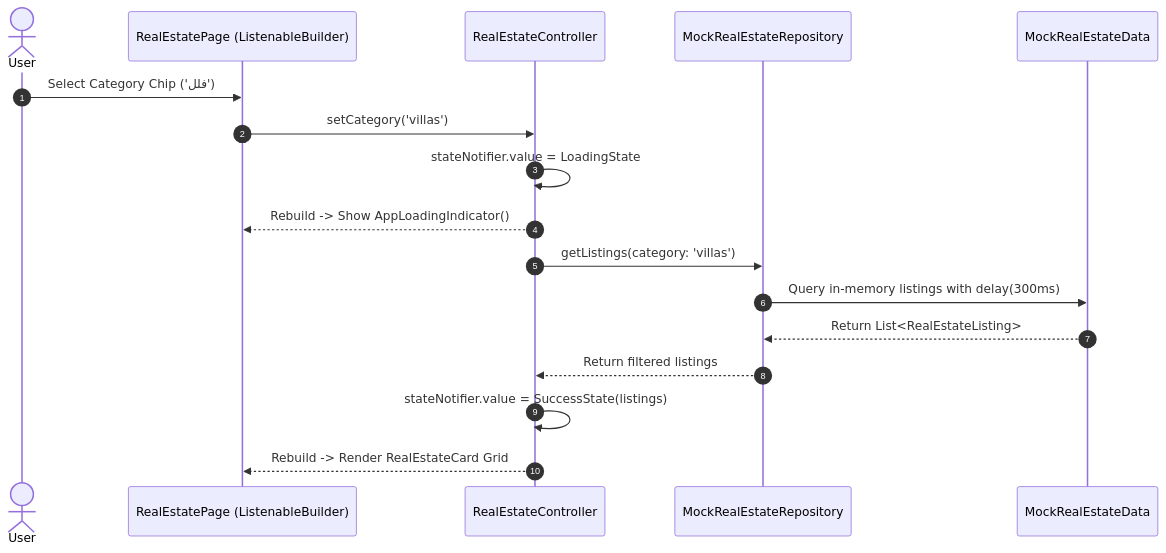
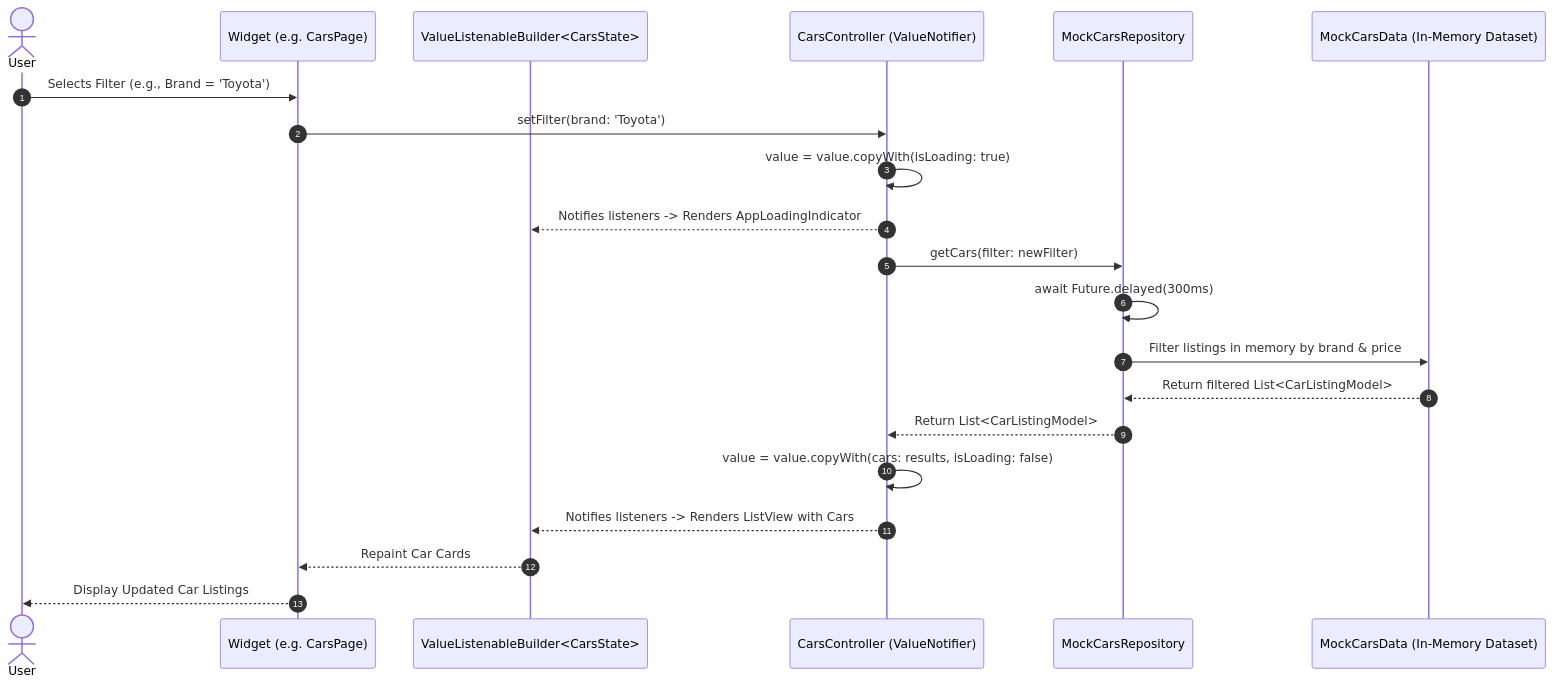
Before and after one commit to IbrahimElshishtawy/market_space: the first of 2 diagrams in market_space/docs/mobile-system-design/05 – State_Management_and_Data_Flow.md, drawn with Mermaid. The commit also changed other lines of this file and 86 other files, not shown here.

````diff
--- a/market_space/docs/mobile-system-design/05 – State_Management_and_Data_Flow.md
+++ b/market_space/docs/mobile-system-design/05 – State_Management_and_Data_Flow.md
@@ -110,20 +62,26 @@
 ```mermaid
 sequenceDiagram
     autonumber
     actor User
-    participant UI as RealEstatePage (ListenableBuilder)
-    participant Ctrl as RealEstateController
-    participant Repo as MockRealEstateRepository
-    participant MockData as MockRealEstateData
+    participant UI as Widget (e.g. CarsPage)
+    participant Builder as ValueListenableBuilder<CarsState>
+    participant Ctrl as CarsController (ValueNotifier)
+    participant Repo as MockCarsRepository
+    participant Mock as MockCarsData (In-Memory Dataset)
 
-    User->>UI: Select Category Chip ('فلل')
-    UI->>Ctrl: setCategory('villas')
-    Ctrl->>Ctrl: stateNotifier.value = LoadingState
-    Ctrl-->>UI: Rebuild -> Show AppLoadingIndicator()
-    Ctrl->>Repo: getListings(category: 'villas')
-    Repo->>MockData: Query in-memory listings with delay(300ms)
-    MockData-->>Repo: Return List<RealEstateListing>
-    Repo-->>Ctrl: Return filtered listings
-    Ctrl->>Ctrl: stateNotifier.value = SuccessState(listings)
-    Ctrl-->>UI: Rebuild -> Render RealEstateCard Grid
+    User->>UI: Selects Filter (e.g., Brand = 'Toyota')
+    UI->>Ctrl: setFilter(brand: 'Toyota')
+    Ctrl->>Ctrl: value = value.copyWith(isLoading: true)
+    Ctrl-->>Builder: Notifies listeners -> Renders AppLoadingIndicator
+    
+    Ctrl->>Repo: getCars(filter: newFilter)
+    Repo->>Repo: await Future.delayed(300ms)
+    Repo->>Mock: Filter listings in memory by brand & price
+    Mock-->>Repo: Return filtered List<CarListingModel>
+    Repo-->>Ctrl: Return List<CarListingModel>
+    
+    Ctrl->>Ctrl: value = value.copyWith(cars: results, isLoading: false)
+    Ctrl-->>Builder: Notifies listeners -> Renders ListView with Cars
+    Builder-->>UI: Repaint Car Cards
+    UI-->>User: Display Updated Car Listings
 ```
````
